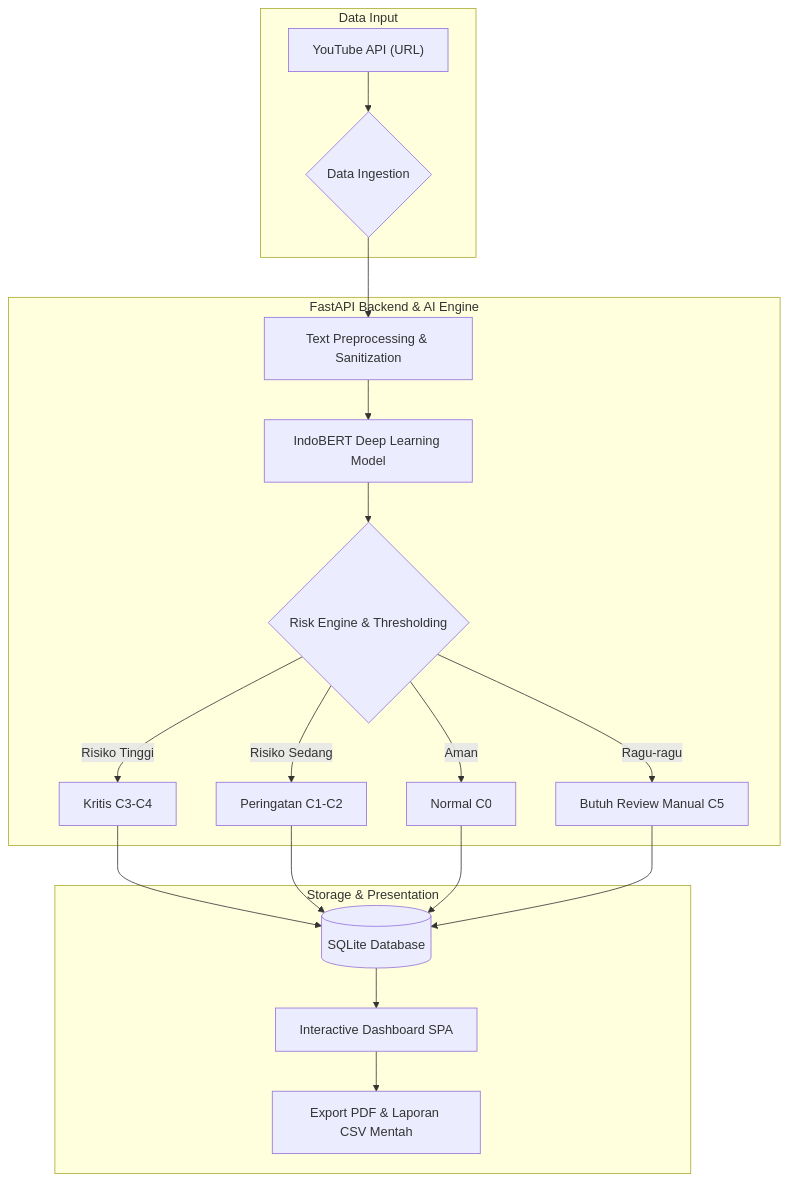
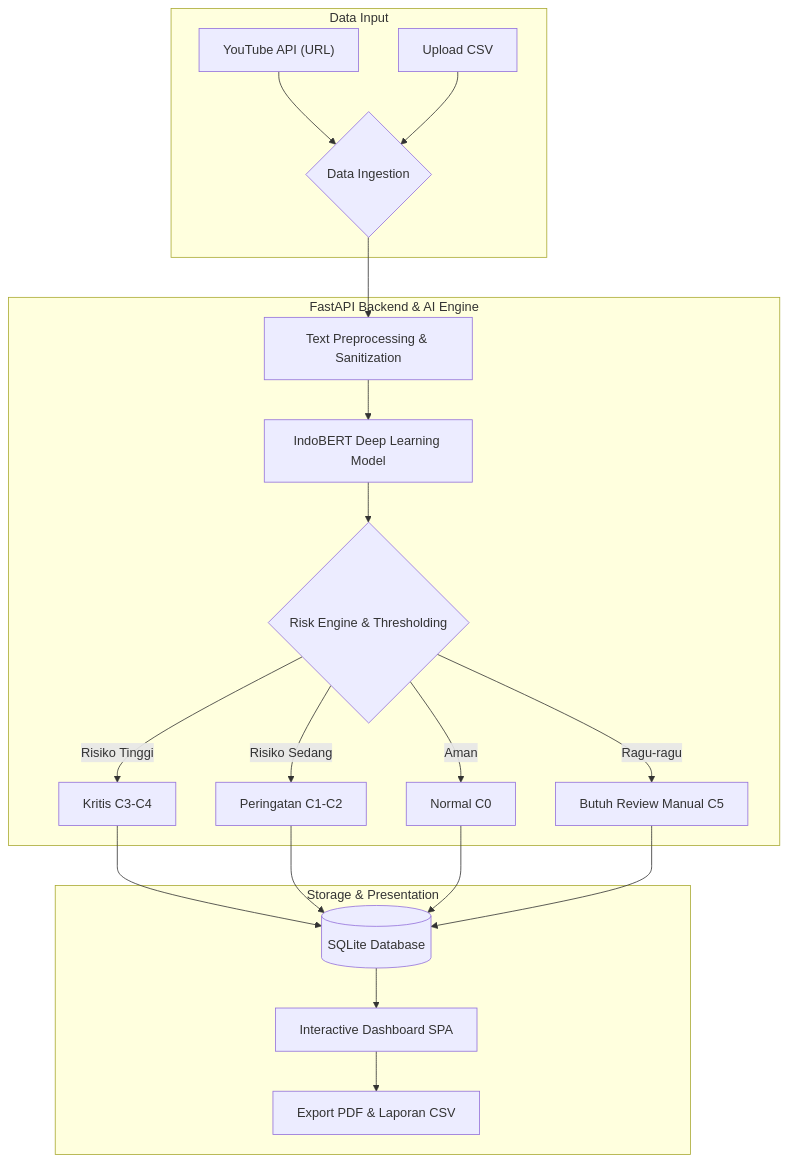
The diagram in README.md (Hihanghohengg/Cyberguard-ID), drawn with Mermaid before and after one commit. The commit also changed other lines of this file and 1 other file, not shown here.

````diff
--- a/README.md
+++ b/README.md
@@ -18,30 +19,31 @@
 ```mermaid
 graph TD
     %% Input Sources
     subgraph Data Input
         A1["YouTube API (URL)"] --> B{Data Ingestion}
+        A2["Upload CSV"] --> B
     end
 
     %% Core Engine
     subgraph FastAPI Backend & AI Engine
         B --> C[Text Preprocessing & Sanitization]
         C --> D[IndoBERT Deep Learning Model]
         D --> E{Risk Engine & Thresholding}
         
         E -->|Risiko Tinggi| F[Kritis C3-C4]
         E -->|Risiko Sedang| G[Peringatan C1-C2]
         E -->|Aman| H[Normal C0]
         E -->|Ragu-ragu| I[Butuh Review Manual C5]
     end
 
     %% Storage and UI
     subgraph Storage & Presentation
         F --> J[(SQLite Database)]
         G --> J
         H --> J
         I --> J
         
         J --> K[Interactive Dashboard SPA]
-        K --> L[Export PDF & Laporan CSV Mentah]
+        K --> L[Export PDF & Laporan CSV]
     end
 ```
````
